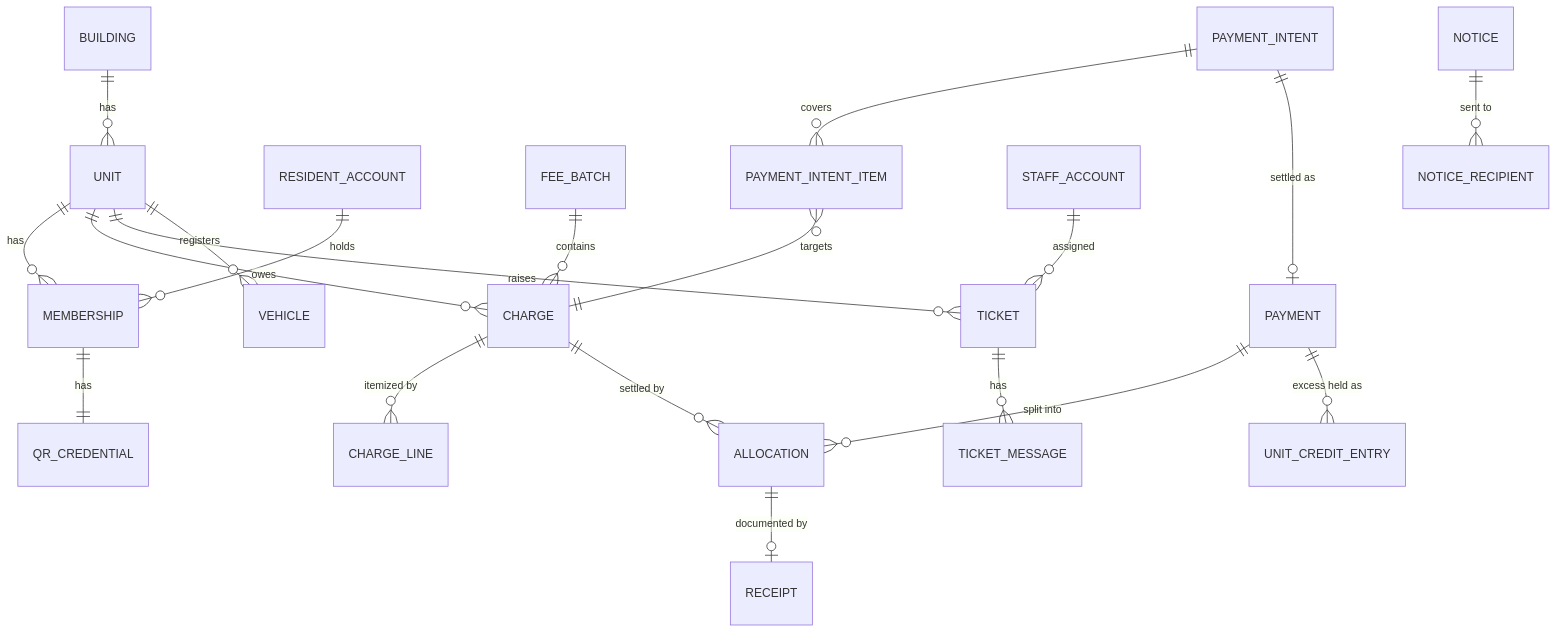
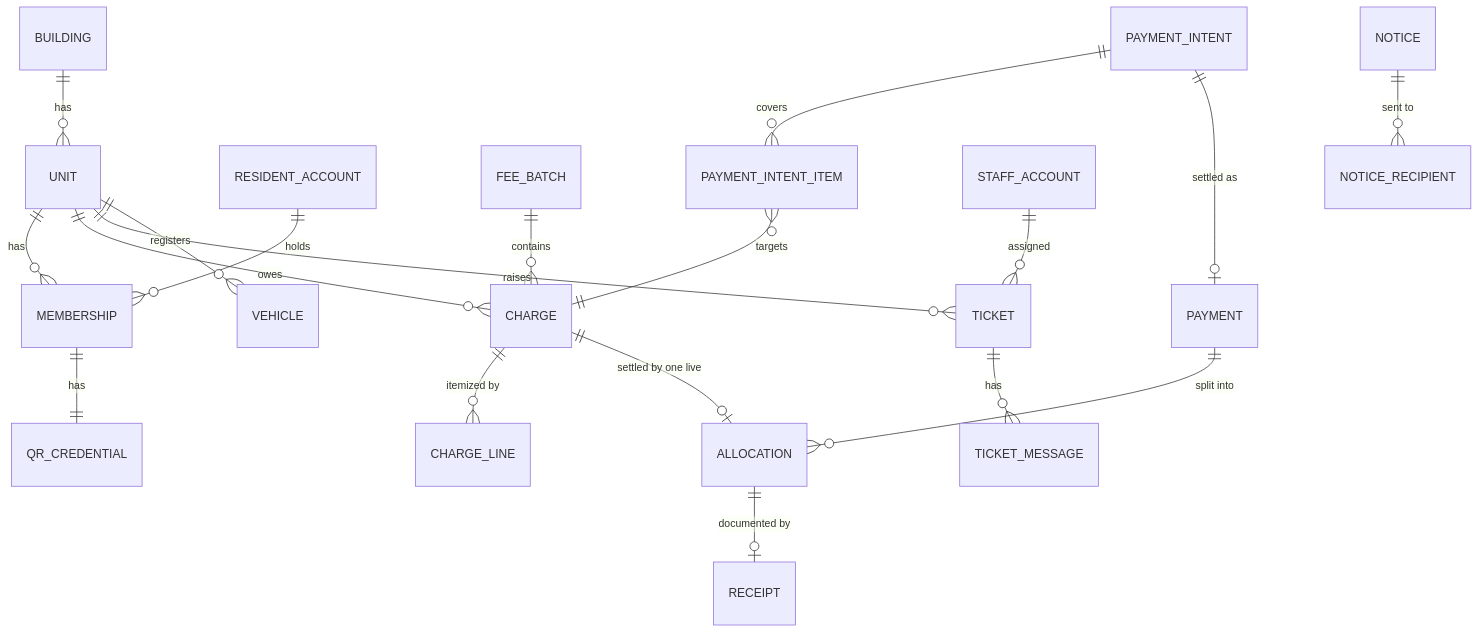
One commit to ninggiangboy/residential-management-system changed diagram 12 of 15 in residential-management-sdd.md. Above: the diagram before and after it, drawn with Mermaid. The commit also changed other lines of this file, not shown here.

````diff
--- a/residential-management-sdd.md
+++ b/residential-management-sdd.md
@@ -1347,22 +1409,21 @@
 ```mermaid
 erDiagram
   BUILDING ||--o{ UNIT : "has"
   UNIT ||--o{ MEMBERSHIP : "has"
   RESIDENT_ACCOUNT ||--o{ MEMBERSHIP : "holds"
   MEMBERSHIP ||--|| QR_CREDENTIAL : "has"
   FEE_BATCH ||--o{ CHARGE : "contains"
   UNIT ||--o{ CHARGE : "owes"
   CHARGE ||--o{ CHARGE_LINE : "itemized by"
   PAYMENT ||--o{ ALLOCATION : "split into"
-  CHARGE ||--o{ ALLOCATION : "settled by"
+  CHARGE ||--o| ALLOCATION : "settled by one live"
   ALLOCATION ||--o| RECEIPT : "documented by"
-  PAYMENT ||--o{ UNIT_CREDIT_ENTRY : "excess held as"
   PAYMENT_INTENT ||--o{ PAYMENT_INTENT_ITEM : "covers"
   PAYMENT_INTENT_ITEM }o--|| CHARGE : "targets"
   PAYMENT_INTENT ||--o| PAYMENT : "settled as"
   UNIT ||--o{ TICKET : "raises"
   TICKET ||--o{ TICKET_MESSAGE : "has"
   STAFF_ACCOUNT ||--o{ TICKET : "assigned"
   UNIT ||--o{ VEHICLE : "registers"
   NOTICE ||--o{ NOTICE_RECIPIENT : "sent to"
 ```
````
